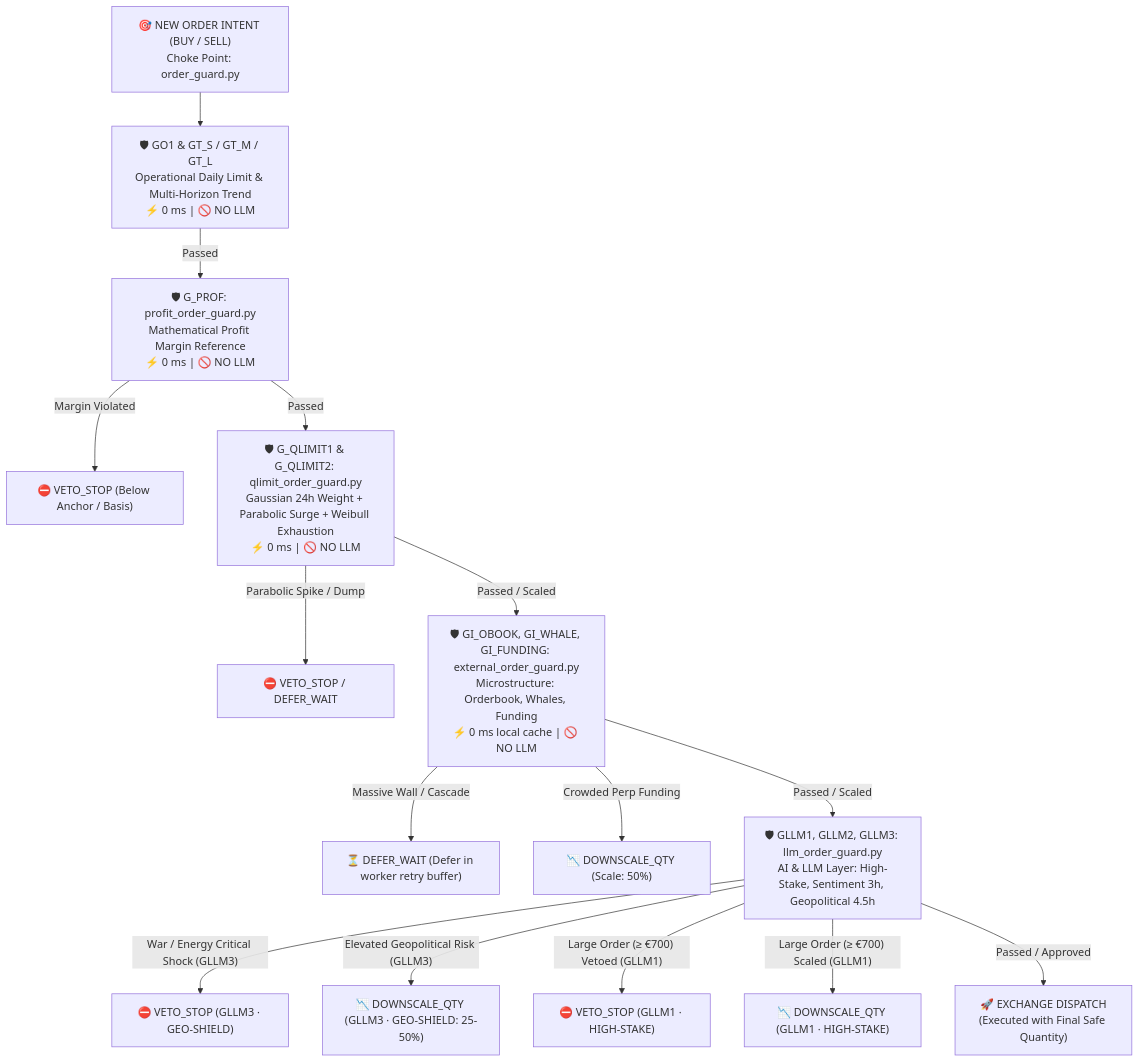
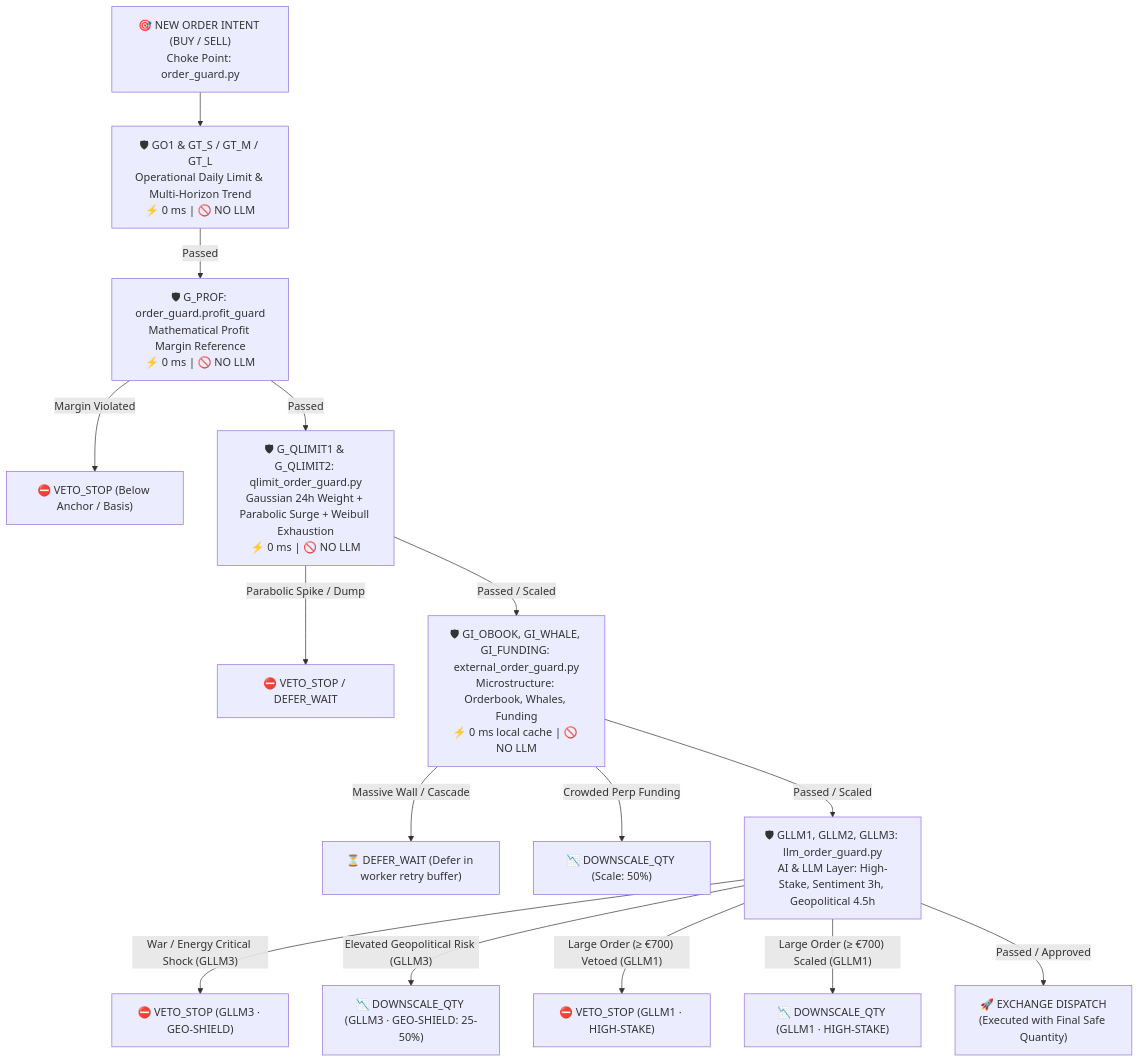
Before and after one commit to mpredut/mptrade: the first of 2 diagrams in docs/GUARDS_AND_BRAKES_ARCHITECTURE.md, drawn with Mermaid. The commit also changed other lines of this file and 69 other files, not shown here.

````diff
--- a/docs/GUARDS_AND_BRAKES_ARCHITECTURE.md
+++ b/docs/GUARDS_AND_BRAKES_ARCHITECTURE.md
@@ -15,21 +15,21 @@
 ```mermaid
 flowchart TD
     Order["🎯 NEW ORDER INTENT (BUY / SELL)\nChoke Point: order_guard.py"] --> GO["🛡 GO1 & GT_S / GT_M / GT_L\nOperational Daily Limit & Multi-Horizon Trend\n⚡ 0 ms | 🚫 NO LLM"]
     
-    GO -- Passed --> GPROF["🛡 G_PROF: profit_order_guard.py\nMathematical Profit Margin Reference\n⚡ 0 ms | 🚫 NO LLM"]
+    GO -- Passed --> GPROF["🛡 G_PROF: order_guard.profit_guard\nMathematical Profit Margin Reference\n⚡ 0 ms | 🚫 NO LLM"]
     GPROF -- Margin Violated --> VetoProf["⛔ VETO_STOP (Below Anchor / Basis)"]
     GPROF -- Passed --> P1["🛡 G_QLIMIT1 & G_QLIMIT2: qlimit_order_guard.py\nGaussian 24h Weight + Parabolic Surge + Weibull Exhaustion\n⚡ 0 ms | 🚫 NO LLM"]
     
     P1 -- Parabolic Spike / Dump --> VetoP1["⛔ VETO_STOP / DEFER_WAIT"]
     P1 -- Passed / Scaled --> P2["🛡 GI_OBOOK, GI_WHALE, GI_FUNDING: external_order_guard.py\nMicrostructure: Orderbook, Whales, Funding\n⚡ 0 ms local cache | 🚫 NO LLM"]
     
     P2 -- Massive Wall / Cascade --> DeferP2["⏳ DEFER_WAIT (Defer in worker retry buffer)"]
     P2 -- Crowded Perp Funding --> ScaleP2["📉 DOWNSCALE_QTY (Scale: 50%)"]
     P2 -- Passed / Scaled --> P3["🛡 GLLM1, GLLM2, GLLM3: llm_order_guard.py\nAI & LLM Layer: High-Stake, Sentiment 3h, Geopolitical 4.5h"]
     
     P3 -- War / Energy Critical Shock (GLLM3) --> VetoGeo["⛔ VETO_STOP (GLLM3 · GEO-SHIELD)"]
     P3 -- Elevated Geopolitical Risk (GLLM3) --> ScaleGeo["📉 DOWNSCALE_QTY (GLLM3 · GEO-SHIELD: 25-50%)"]
     P3 -- Large Order (≥ €700) Vetoed (GLLM1) --> VetoStake["⛔ VETO_STOP (GLLM1 · HIGH-STAKE)"]
     P3 -- Large Order (≥ €700) Scaled (GLLM1) --> ScaleStake["📉 DOWNSCALE_QTY (GLLM1 · HIGH-STAKE)"]
     P3 -- Passed / Approved --> Exec["🚀 EXCHANGE DISPATCH\n(Executed with Final Safe Quantity)"]
 ```
````
